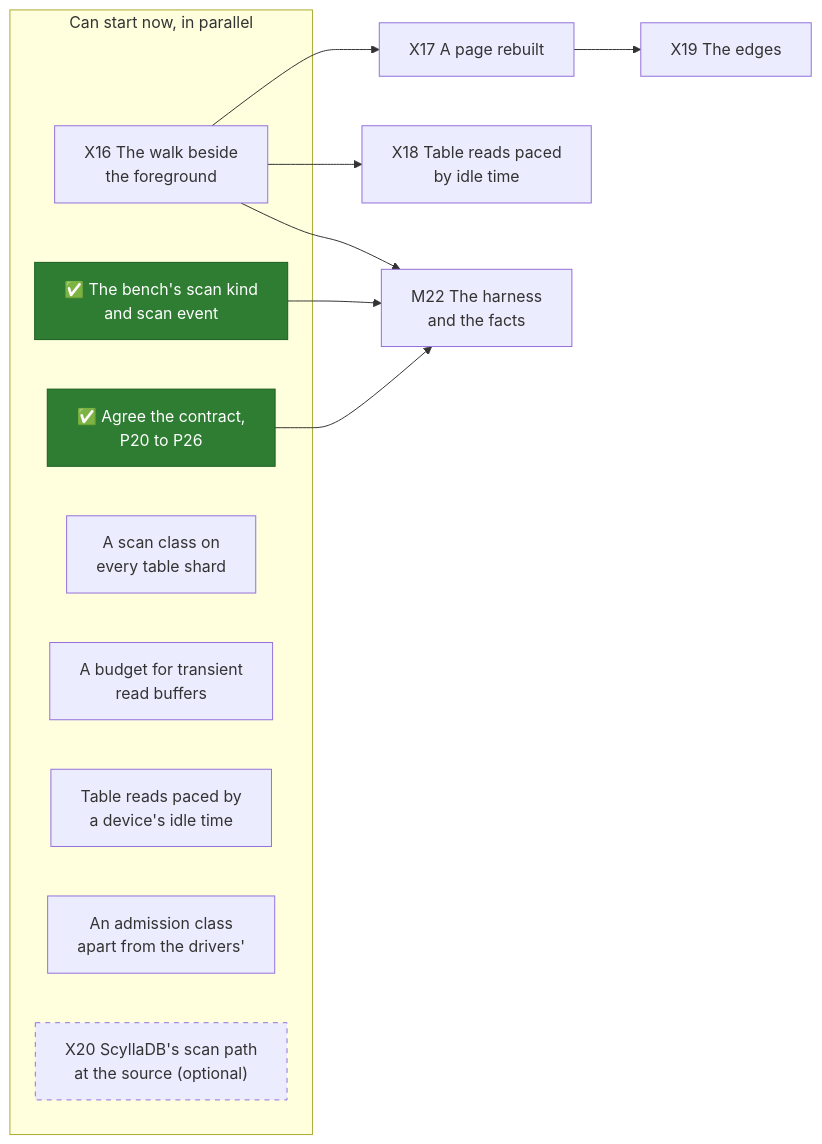
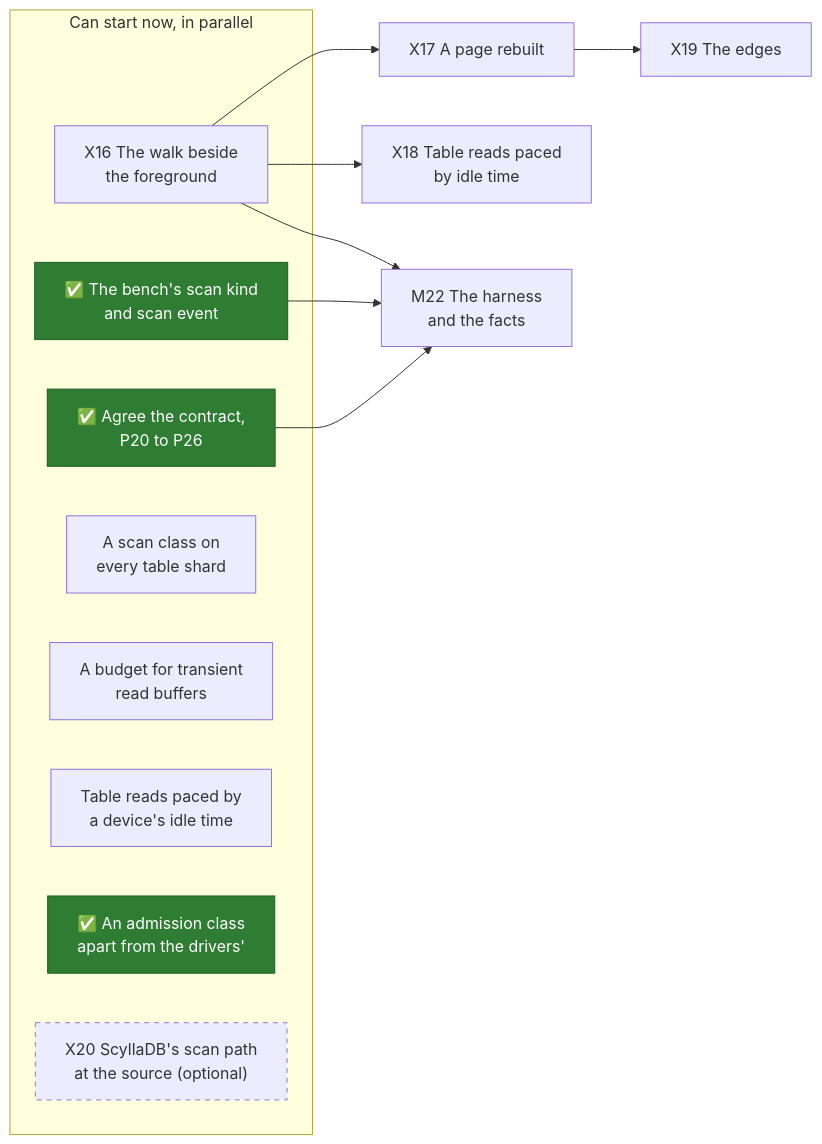
Before and after one commit to mjcarson/shoal: the first of 2 diagrams in docs/src/future-work/scans/whats-left-todo.md, drawn with Mermaid. The commit also changed other lines of this file and 23 other files, not shown here.

First line of the commit message:
feat(walk): an admission class apart from the drivers' (F116)

````diff
--- a/docs/src/future-work/scans/whats-left-todo.md
+++ b/docs/src/future-work/scans/whats-left-todo.md
@@ -28,25 +29,25 @@
 ```mermaid
 flowchart LR
     classDef done fill:#2e7d32,stroke:#1b5e20,color:#ffffff
     classDef optional stroke-dasharray: 5 5
     subgraph now["Can start now, in parallel"]
         Contract["✅ Agree the contract,<br>P20 to P26"]:::done
         X16["X16 The walk beside<br>the foreground"]
         Bench["✅ The bench's scan kind<br>and scan event"]:::done
         Class["A scan class on<br>every table shard"]
         Budget["A budget for transient<br>read buffers"]
         Pace["Table reads paced by<br>a device's idle time"]
-        Admit["An admission class<br>apart from the drivers'"]
+        Admit["✅ An admission class<br>apart from the drivers'"]:::done
         X20["X20 ScyllaDB's scan path<br>at the source (optional)"]:::optional
     end
     X17["X17 A page rebuilt"]
     X18["X18 Table reads paced<br>by idle time"]
     X19["X19 The edges"]
     M22["M22 The harness<br>and the facts"]
     X16 --> X17
     X16 --> X18
     X17 --> X19
     Contract --> M22
     Bench --> M22
     X16 --> M22
 ```
````
